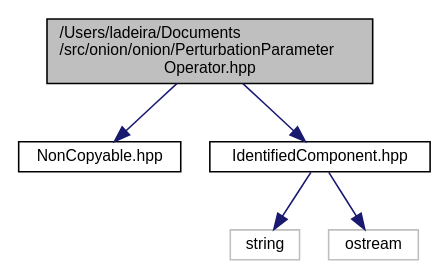
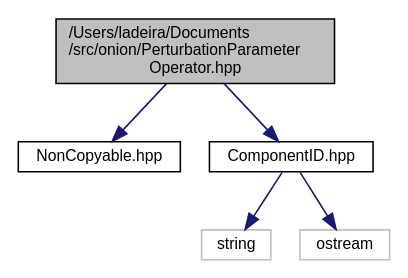
One commit to OnionFramework/OnionFramework.github.io changed the diagram in _perturbation_parameter_operator_8hpp__incl.dot. Above: the diagram before and after it, drawn with Graphviz. The commit also changed 233 other files, not shown here.

```diff
--- a/_perturbation_parameter_operator_8hpp__incl.dot
+++ b/_perturbation_parameter_operator_8hpp__incl.dot
@@ -1,15 +1,15 @@
-digraph "/Users/ladeira/Documents/src/onion/onion/PerturbationParameterOperator.hpp"
+digraph "/Users/ladeira/Documents/src/onion/PerturbationParameterOperator.hpp"
 {
  // LATEX_PDF_SIZE
   edge [fontname="Helvetica",fontsize="10",labelfontname="Helvetica",labelfontsize="10"];
   node [fontname="Helvetica",fontsize="10",shape=record];
-  Node1 [label="/Users/ladeira/Documents\l/src/onion/onion/PerturbationParameter\lOperator.hpp",height=0.2,width=0.4,color="black", fillcolor="grey75", style="filled", fontcolor="black",tooltip="This header defines the PerturbationParameterOperator ADT."];
+  Node1 [label="/Users/ladeira/Documents\l/src/onion/PerturbationParameter\lOperator.hpp",height=0.2,width=0.4,color="black", fillcolor="grey75", style="filled", fontcolor="black",tooltip="This header has the definition of the CreateOperator component."];
   Node1 -> Node2 [color="midnightblue",fontsize="10",style="solid",fontname="Helvetica"];
   Node2 [label="NonCopyable.hpp",height=0.2,width=0.4,color="black", fillcolor="white", style="filled",URL="$_non_copyable_8hpp.html",tooltip="Contains the declaration of the NonCopyable class."];
   Node1 -> Node3 [color="midnightblue",fontsize="10",style="solid",fontname="Helvetica"];
-  Node3 [label="IdentifiedComponent.hpp",height=0.2,width=0.4,color="black", fillcolor="white", style="filled",URL="$_identified_component_8hpp.html",tooltip="This header contains the classes used to identify a component of the Onion Framework."];
+  Node3 [label="ComponentID.hpp",height=0.2,width=0.4,color="black", fillcolor="white", style="filled",URL="$_component_i_d_8hpp.html",tooltip=" "];
   Node3 -> Node4 [color="midnightblue",fontsize="10",style="solid",fontname="Helvetica"];
   Node4 [label="string",height=0.2,width=0.4,color="grey75", fillcolor="white", style="filled",tooltip=" "];
   Node3 -> Node5 [color="midnightblue",fontsize="10",style="solid",fontname="Helvetica"];
   Node5 [label="ostream",height=0.2,width=0.4,color="grey75", fillcolor="white", style="filled",tooltip=" "];
 }
```
